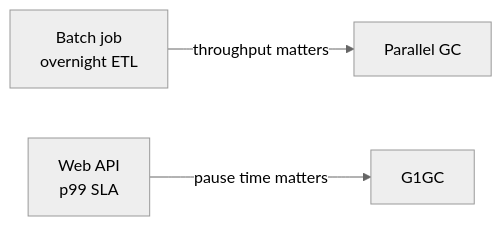
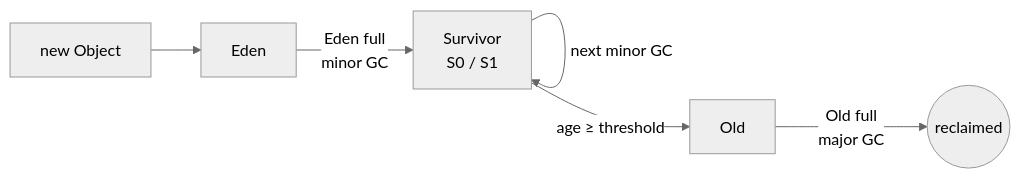
Before and after one commit to vatsan127/java_notes: the second of 2 diagrams in docs/garbage-collection/index.md, drawn with Mermaid (neutral theme). The commit also changed other lines of this file and 3 other files, not shown here.

````diff
--- a/docs/garbage-collection/index.md
+++ b/docs/garbage-collection/index.md
@@ -54,5 +70,8 @@
 ```mermaid
 flowchart LR
-    A[Batch job<br/>overnight ETL] -->|throughput matters| B[Parallel GC]
-    C[Web API<br/>p99 SLA] -->|pause time matters| D[G1GC]
+    A[new Object] --> B[Eden]
+    B -->|Eden full<br/>minor GC| C[Survivor<br/>S0 / S1]
+    C -->|next minor GC| C
+    C -->|age ≥ threshold| D[Old]
+    D -->|Old full<br/>major GC| E((reclaimed))
 ```
````
